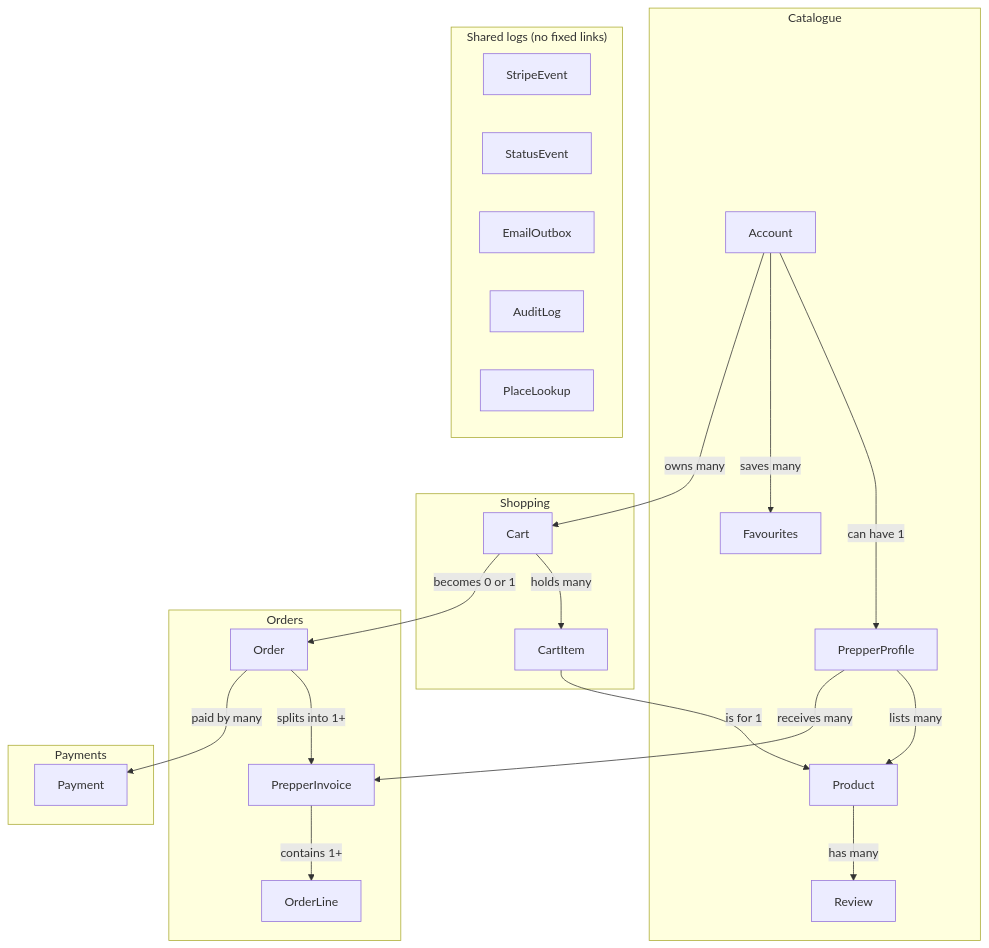
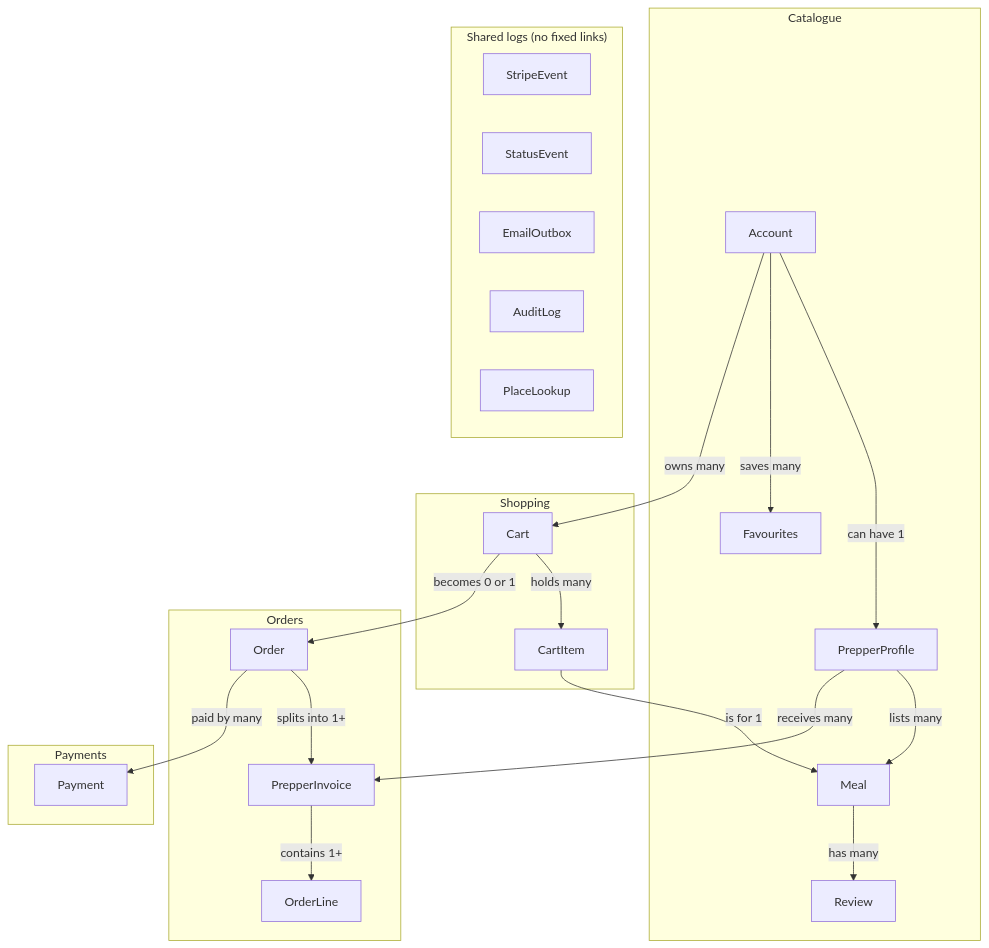
Before and after one commit to rachelwong/preppers: the diagram in docs/plan/06-data-model.md, drawn with Mermaid. The commit also changed other lines of this file and 44 other files, not shown here.

````diff
--- a/docs/plan/06-data-model.md
+++ b/docs/plan/06-data-model.md
@@ -5,30 +5,30 @@
 ```mermaid
 flowchart TB
   subgraph Catalogue
     A[Account] -->|can have 1| PP[PrepperProfile]
-    PP -->|lists many| P[Product]
+    PP -->|lists many| P[Meal]
     P -->|has many| R[Review]
     A -->|saves many| F[Favourites]
   end
   subgraph Shopping
     A -->|owns many| C[Cart]
     C -->|holds many| CI[CartItem]
     CI -->|is for 1| P
   end
   subgraph Orders
     C -->|becomes 0 or 1| O[Order]
     O -->|splits into 1+| I[PrepperInvoice]
     I -->|contains 1+| OL[OrderLine]
     PP -->|receives many| I
   end
   subgraph Payments
     O -->|paid by many| PM[Payment]
   end
   subgraph Logs["Shared logs (no fixed links)"]
     SE[StripeEvent]
     ST[StatusEvent]
     EO[EmailOutbox]
     AL[AuditLog]
     PL[PlaceLookup]
   end
 ```
````
